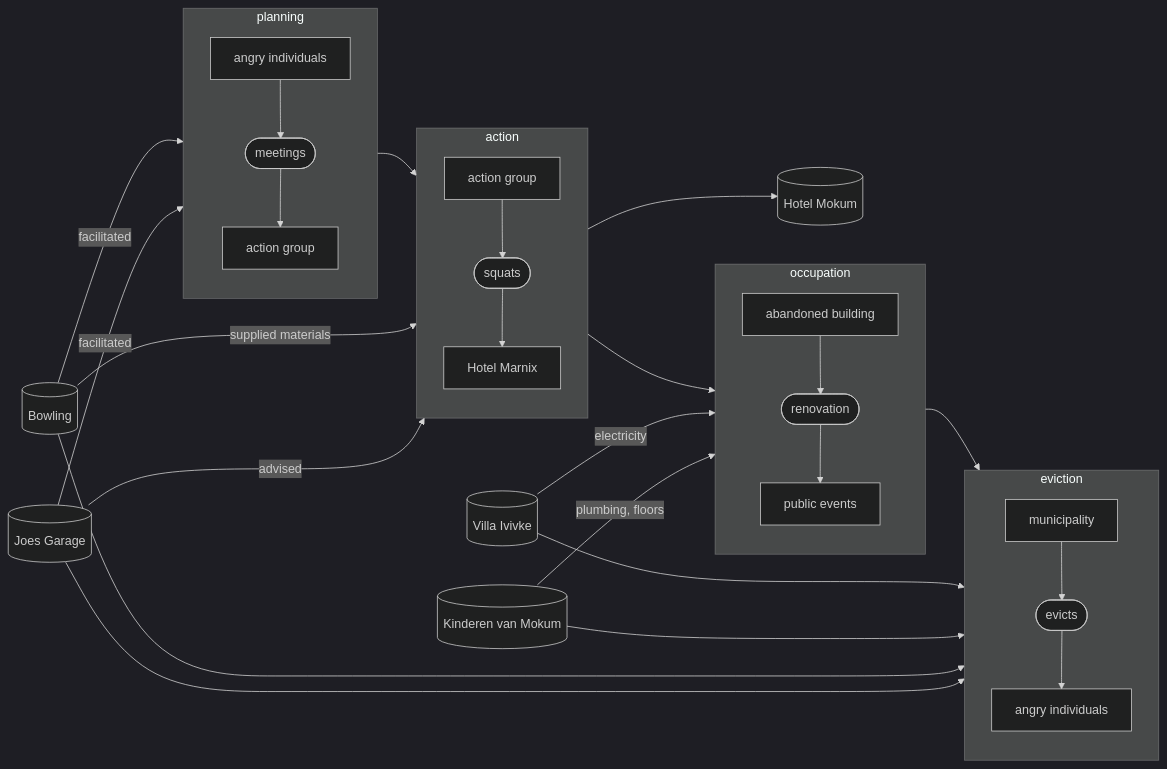
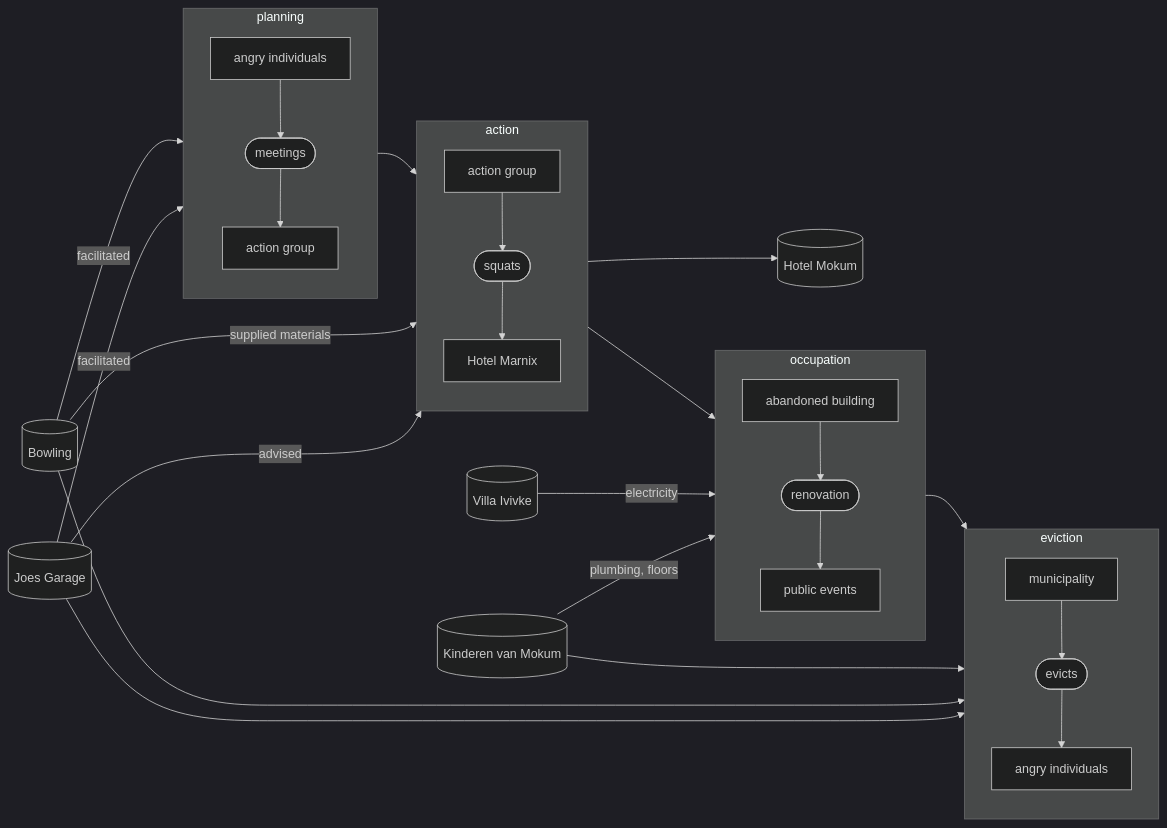
Before and after one commit to neajul/New-Dependencies: the third of 3 diagrams in Writing/More diagrams.md, drawn with Mermaid (dark theme). The commit also changed other lines of this file and 3 other files, not shown here.

````diff
--- a/Writing/More diagrams.md
+++ b/Writing/More diagrams.md
@@ -61,52 +26,52 @@
 ```mermaid
 flowchart LR;
 		1[(Joes Garage)];
 		2[(Bowling)];
 		3[(Kinderen van Mokum)];
 		4[(Villa Ivivke)];
 		5[(Hotel Mokum)];
 		
     A[angry individuals];
     B([meetings]);
     C[action group];
     
     subgraph planning;
     		A-->B-->C;
     end;
     1-- facilitated -->planning;
     2-- facilitated -->planning;
     
     D[action group];
     E([squats]);
     F[Hotel Marnix];
     
     subgraph action;
     		D-->E-->F;
     end;
     action --> 5;
     1-- advised -->action;
     2-- supplied materials -->action;
     
     G[abandoned building];
     H([renovation]);
     I[public events];
     
     subgraph occupation;
     		G-->H-->I;
     end;
     3-- plumbing, floors -->occupation;
     4-- electricity -->occupation;
     
     J[municipality]
     K([evicts])
     L[angry individuals]
     
     subgraph eviction
     		J-->K-->L
     end
-    1 & 2 & 3 & 4 --> eviction
+    1 & 2 & 3 --> eviction
     
     planning-->action;
     action-->occupation;
     occupation-->eviction;
 ```
````
